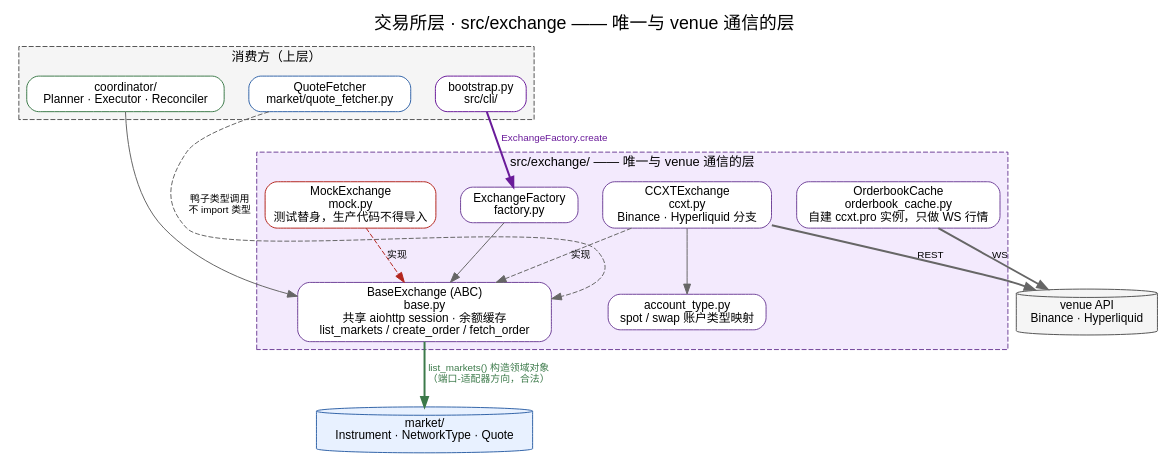
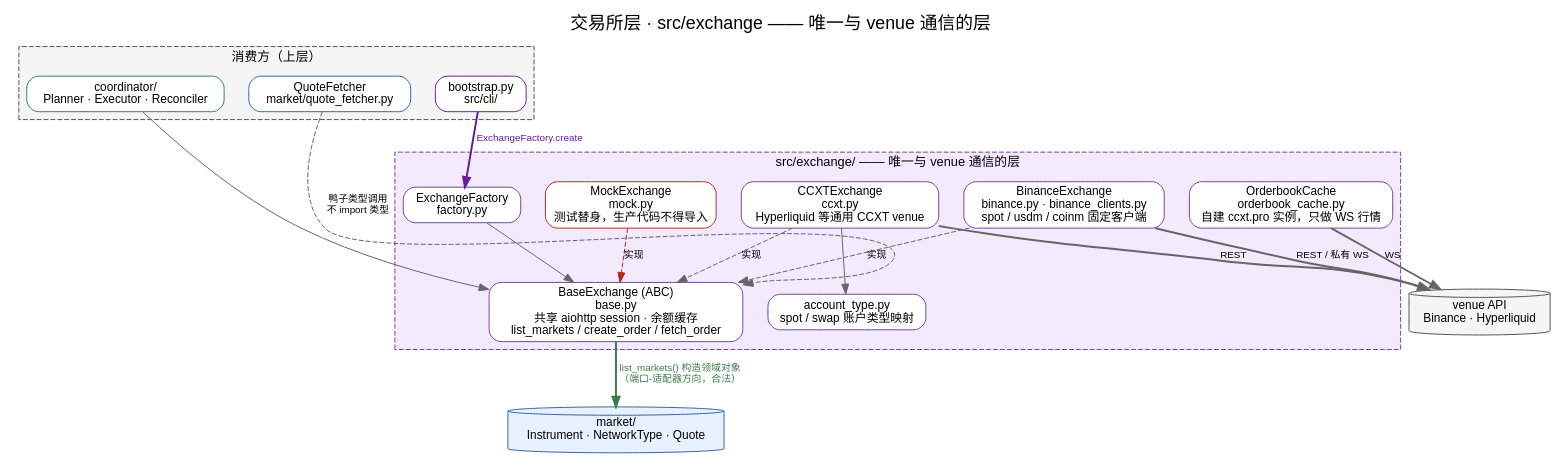
One commit to 0xkayne/OmniTrade changed the diagram in docs/assets/base-exchange-layer.dot. Above: the diagram before and after it, drawn with Graphviz. The commit also changed 40 other files, not shown here.

```diff
--- a/docs/assets/base-exchange-layer.dot
+++ b/docs/assets/base-exchange-layer.dot
@@ -1,59 +1,63 @@
 // 交易所层：接口、适配器、工厂，与 market / venue 的方向
 // 源码位置：src/exchange/
 // 重新生成：scripts/render_diagrams.sh base-exchange-layer
 
 digraph base_exchange_layer {
   graph [
     fontname="Helvetica", fontsize="18",
     rankdir=TB, compound=true, nodesep=0.35, ranksep=0.6,
     labelloc="t",
     label="交易所层 · src/exchange —— 唯一与 venue 通信的层"
   ];
   node [fontname="Helvetica", fontsize="12", shape=box, style="rounded,filled"];
   edge [fontname="Helvetica", fontsize="10", color="#666666"];
 
   subgraph cluster_consumers {
     label="消费方（上层）"; fontsize="13";
     color="#555555"; style="dashed,filled"; fillcolor="#f5f5f5";
     coord [label="coordinator/\nPlanner · Executor · Reconciler", fillcolor="#ffffff", color="#3c7a4a"];
     qf    [label="QuoteFetcher\nmarket/quote_fetcher.py", fillcolor="#ffffff", color="#3264a8"];
     boot  [label="bootstrap.py\nsrc/cli/", fillcolor="#ffffff", color="#6a1b9a"];
   }
 
   subgraph cluster_exchange {
     label="src/exchange/ —— 唯一与 venue 通信的层";
     fontsize="13"; color="#71449a"; style="dashed,filled"; fillcolor="#f3eafd";
 
     base  [label="BaseExchange (ABC)\nbase.py\n共享 aiohttp session · 余额缓存\nlist_markets / create_order / fetch_order",
            fillcolor="#ffffff", color="#71449a"];
-    ccxt  [label="CCXTExchange\nccxt.py\nBinance · Hyperliquid 分支",
+    ccxt  [label="CCXTExchange\nccxt.py\nHyperliquid 等通用 CCXT venue",
+           fillcolor="#ffffff", color="#71449a"];
+    bn    [label="BinanceExchange\nbinance.py · binance_clients.py\nspot / usdm / coinm 固定客户端",
            fillcolor="#ffffff", color="#71449a"];
     fac   [label="ExchangeFactory\nfactory.py", fillcolor="#ffffff", color="#71449a"];
     acc   [label="account_type.py\nspot / swap 账户类型映射", fillcolor="#ffffff", color="#71449a"];
     obc   [label="OrderbookCache\norderbook_cache.py\n自建 ccxt.pro 实例，只做 WS 行情",
            fillcolor="#ffffff", color="#71449a"];
     mock  [label="MockExchange\nmock.py\n测试替身，生产代码不得导入",
            fillcolor="#ffffff", color="#b3261e"];
   }
 
   market [label="market/\nInstrument · NetworkType · Quote",
           shape=cylinder, style=filled, fillcolor="#e8f1ff", color="#3264a8"];
   venue  [label="venue API\nBinance · Hyperliquid",
           shape=cylinder, style=filled, fillcolor="#f5f5f5", color="#555555"];
 
   boot  -> fac  [label="ExchangeFactory.create", style=bold, color="#6a1b9a", fontcolor="#6a1b9a"];
   fac   -> base;
   ccxt  -> base [label="实现", style=dashed];
+  bn    -> base [label="实现", style=dashed];
   mock  -> base [label="实现", style=dashed, color="#b3261e"];
   ccxt  -> acc;
 
   coord -> base;
   qf    -> base [label="鸭子类型调用\n不 import 类型", style=dashed, constraint=false];
 
   obc  -> venue [label="WS", style=bold];
   ccxt -> venue [label="REST", style=bold];
+  bn   -> venue [label="REST / 私有 WS", style=bold];
 
   // 唯一允许的「向上」依赖
   base -> market [label="list_markets() 构造领域对象\n（端口-适配器方向，合法）",
                   style=bold, color="#3c7a4a", fontcolor="#3c7a4a"];
 }
```
